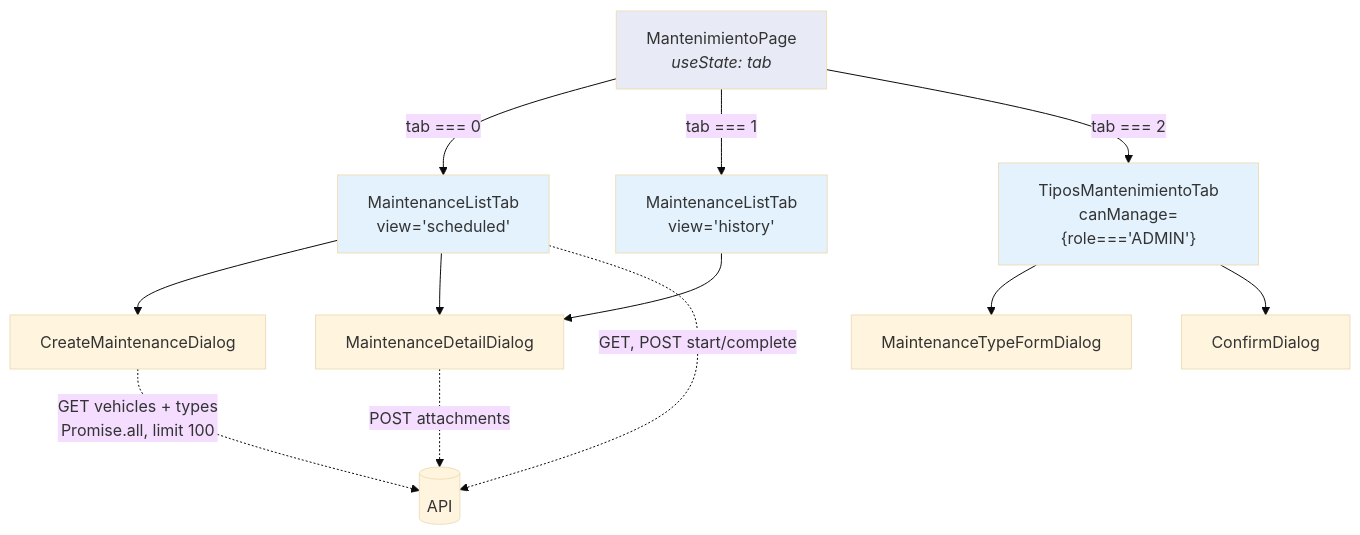
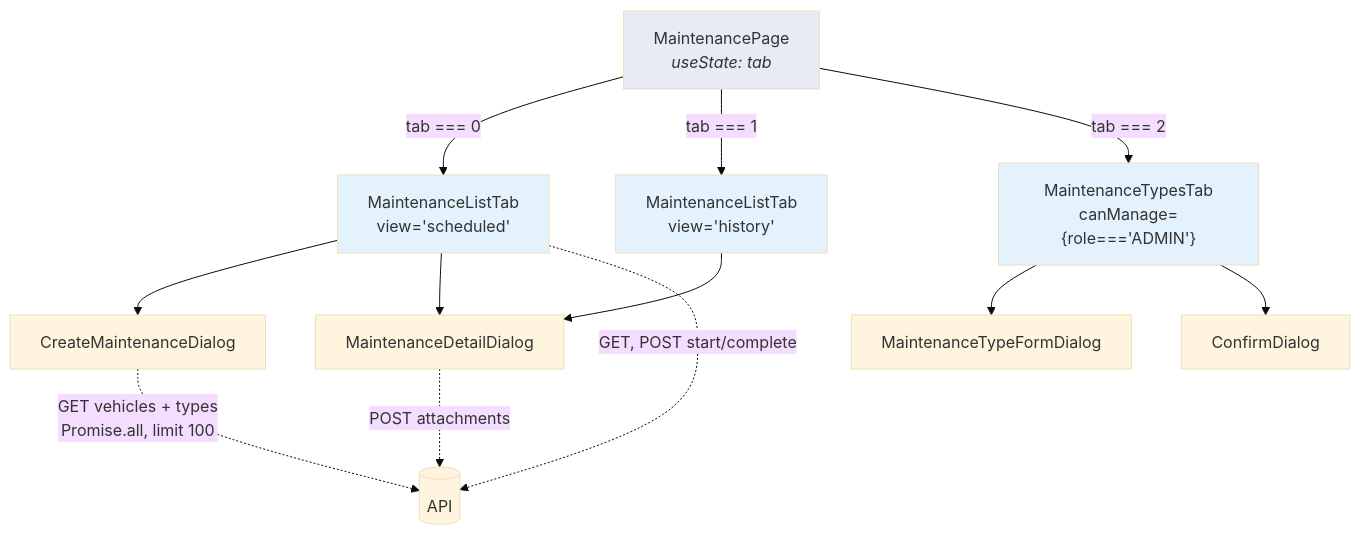
Before and after one commit to roman5983/Gesti-n-Log-stica-y-Flota-: the second of 3 diagrams in docs/manual-tecnico/22b-frontend-viajes-mantenimiento.md, drawn with Mermaid (base theme). The commit also changed other lines of this file and 55 other files, not shown here.

````diff
--- a/docs/manual-tecnico/22b-frontend-viajes-mantenimiento.md
+++ b/docs/manual-tecnico/22b-frontend-viajes-mantenimiento.md
@@ -1866,22 +1866,22 @@
 ```mermaid
 graph TD
-    MP["MantenimientoPage<br/><i>useState: tab</i>"]
+    MP["MaintenancePage<br/><i>useState: tab</i>"]
     MP -->|"tab === 0"| MLT1["MaintenanceListTab<br/>view='scheduled'"]
     MP -->|"tab === 1"| MLT2["MaintenanceListTab<br/>view='history'"]
-    MP -->|"tab === 2"| TMT["TiposMantenimientoTab<br/>canManage={role==='ADMIN'}"]
+    MP -->|"tab === 2"| TMT["MaintenanceTypesTab<br/>canManage={role==='ADMIN'}"]
 
     MLT1 --> CMD["CreateMaintenanceDialog"]
     MLT1 --> MDD["MaintenanceDetailDialog"]
     MLT2 --> MDD
     TMT --> MTFD["MaintenanceTypeFormDialog"]
     TMT --> CD["ConfirmDialog"]
 
     CMD -.->|"GET vehicles + types<br/>Promise.all, limit 100"| API[("API")]
     MDD -.->|"POST attachments"| API
     MLT1 -.->|"GET, POST start/complete"| API
 
     style MP fill:#e8eaf6
     style MLT1 fill:#e3f2fd
     style MLT2 fill:#e3f2fd
     style TMT fill:#e3f2fd
 ```
````
